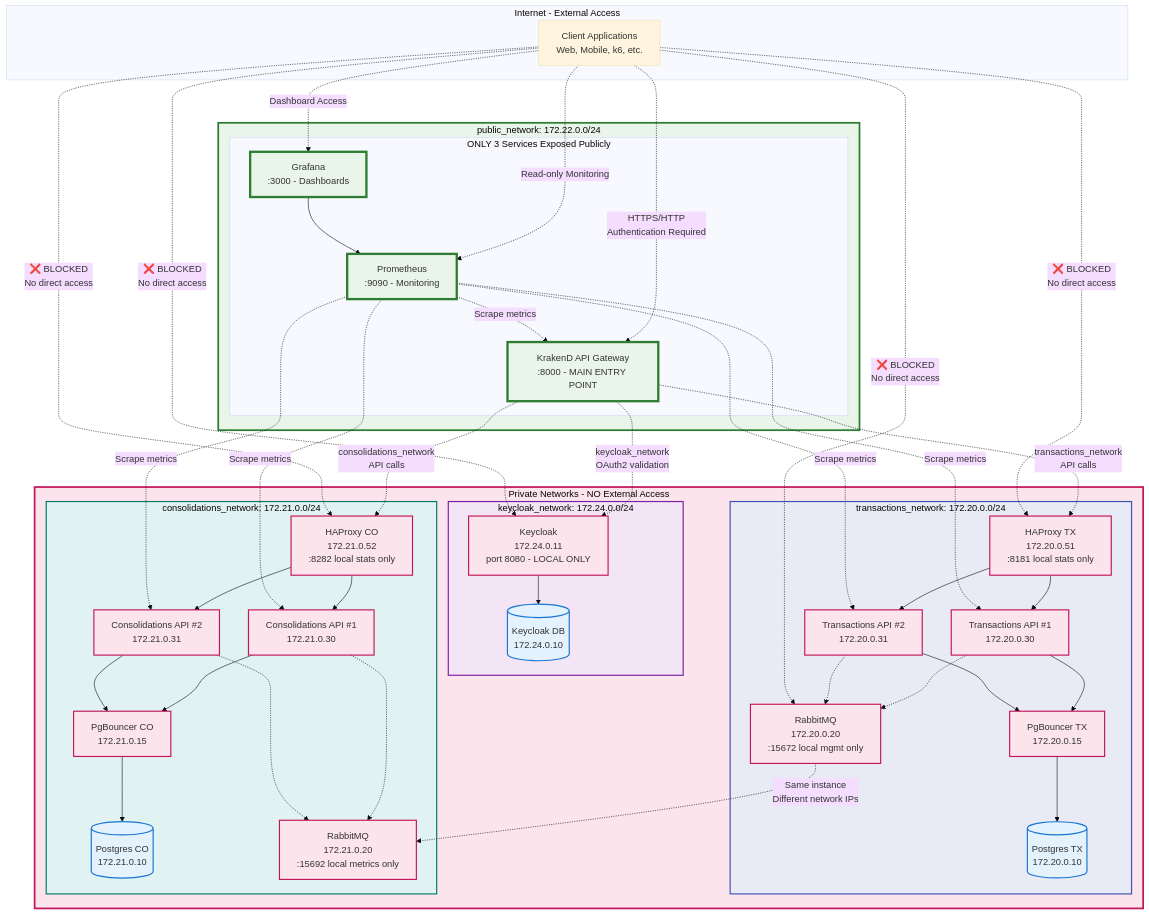
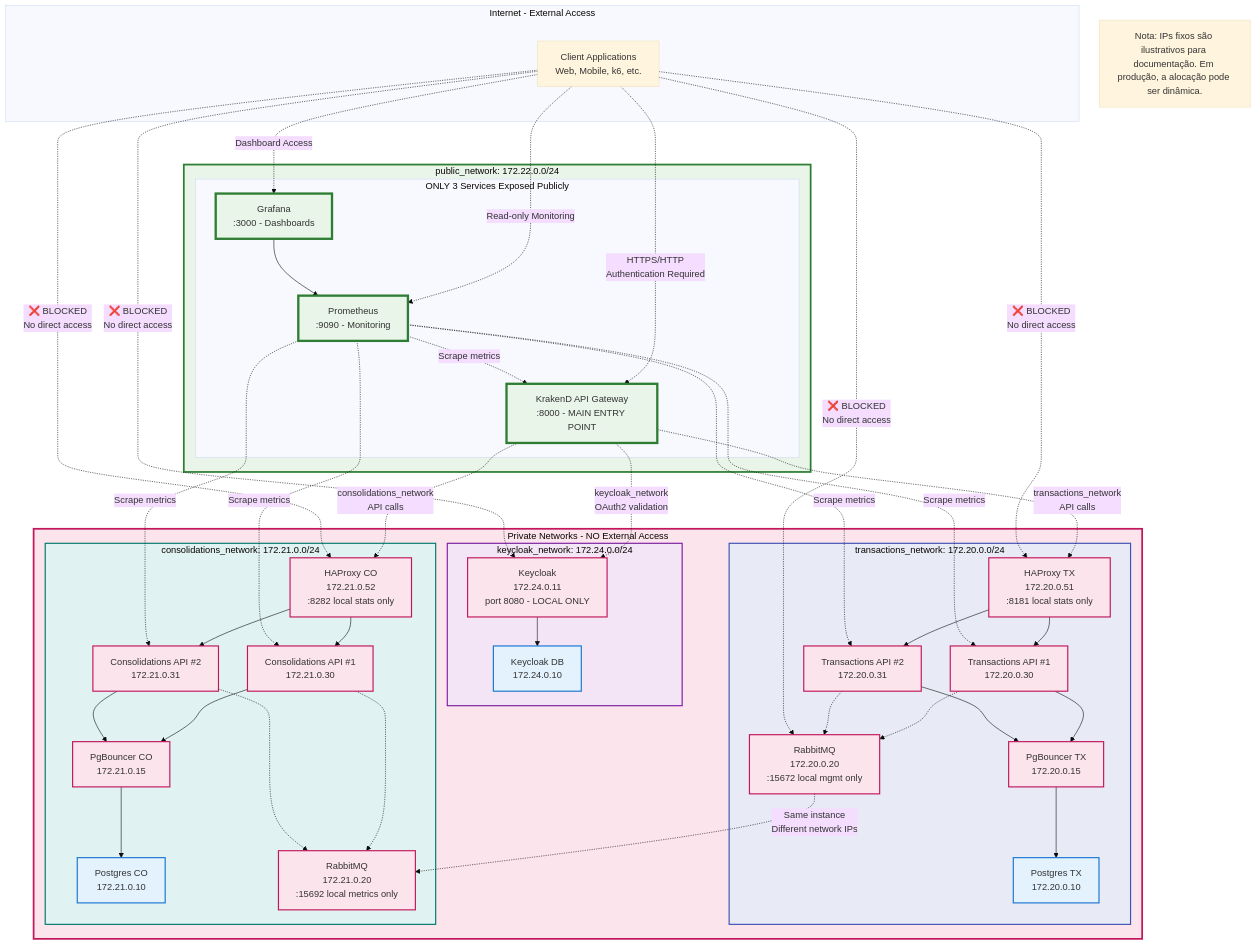
One commit to whereisanzi/cash-flow-system changed the diagram in docs/diagrams/05-network-security.mmd. Above: the diagram before and after it, drawn with Mermaid (base theme). The commit also changed 38 other files, not shown here.

```diff
--- a/docs/diagrams/05-network-security.mmd
+++ b/docs/diagrams/05-network-security.mmd
@@ -1,86 +1,87 @@
 graph TB
+  NoteIPs[Nota: IPs fixos são ilustrativos para documentação. Em produção, a alocação pode ser dinâmica.]
   subgraph Internet[Internet - External Access]
     Client[Client Applications<br/>Web, Mobile, k6, etc.]
   end
 
   subgraph PublicNetwork[public_network: 172.22.0.0/24]
     subgraph PublicServices[ONLY 3 Services Exposed Publicly]
       KrakenD[KrakenD API Gateway<br/>:8000 - MAIN ENTRY POINT]
       Prometheus[Prometheus<br/>:9090 - Monitoring]
       Grafana[Grafana<br/>:3000 - Dashboards]
     end
   end
 
   subgraph PrivateNetworks[Private Networks - NO External Access]
     subgraph KeycloakNet[keycloak_network: 172.24.0.0/24]
       Keycloak[Keycloak<br/>172.24.0.11<br/>port 8080 - LOCAL ONLY]
-      KeycloakDB[(Keycloak DB<br/>172.24.0.10)]
+      KeycloakDB[Keycloak DB<br/>172.24.0.10]
     end
 
     subgraph TxNet[transactions_network: 172.20.0.0/24]
       TxAPI1[Transactions API #1<br/>172.20.0.30]
       TxAPI2[Transactions API #2<br/>172.20.0.31]
       HAProxyTx[HAProxy TX<br/>172.20.0.51<br/>:8181 local stats only]
       PgBouncerTx[PgBouncer TX<br/>172.20.0.15]
-      PostgresTx[(Postgres TX<br/>172.20.0.10)]
+      PostgresTx[Postgres TX<br/>172.20.0.10]
       RabbitMQTx[RabbitMQ<br/>172.20.0.20<br/>:15672 local mgmt only]
     end
 
     subgraph CoNet[consolidations_network: 172.21.0.0/24]
       CoAPI1[Consolidations API #1<br/>172.21.0.30]
       CoAPI2[Consolidations API #2<br/>172.21.0.31]
       HAProxyCo[HAProxy CO<br/>172.21.0.52<br/>:8282 local stats only]
       PgBouncerCo[PgBouncer CO<br/>172.21.0.15]
-      PostgresCo[(Postgres CO<br/>172.21.0.10)]
+      PostgresCo[Postgres CO<br/>172.21.0.10]
       RabbitMQCo[RabbitMQ<br/>172.21.0.20<br/>:15692 local metrics only]
     end
   end
 
   %% External connections
   Client -.->|HTTPS/HTTP<br/>Authentication Required| KrakenD
   Client -.->|Read-only Monitoring| Prometheus
   Client -.->|Dashboard Access| Grafana
 
-  %% KrakenD multi-network access (SECURE)
+  %% KrakenD multi-network access - SECURE
   KrakenD -.->|keycloak_network<br/>OAuth2 validation| Keycloak
   KrakenD -.->|transactions_network<br/>API calls| HAProxyTx
   KrakenD -.->|consolidations_network<br/>API calls| HAProxyCo
 
   %% Internal service flows
   HAProxyTx --> TxAPI1 & TxAPI2
   HAProxyCo --> CoAPI1 & CoAPI2
   Keycloak --> KeycloakDB
 
   TxAPI1 & TxAPI2 --> PgBouncerTx --> PostgresTx
   CoAPI1 & CoAPI2 --> PgBouncerCo --> PostgresCo
 
   TxAPI1 & TxAPI2 -.-> RabbitMQTx
   CoAPI1 & CoAPI2 -.-> RabbitMQCo
   RabbitMQTx -.->|Same instance<br/>Different network IPs| RabbitMQCo
 
   %% Monitoring connections
   Prometheus -.->|Scrape metrics| TxAPI1 & TxAPI2 & CoAPI1 & CoAPI2 & KrakenD
   Grafana --> Prometheus
 
   %% Security annotations
   Client -.->|❌ BLOCKED<br/>No direct access| HAProxyTx
   Client -.->|❌ BLOCKED<br/>No direct access| HAProxyCo
   Client -.->|❌ BLOCKED<br/>No direct access| Keycloak
   Client -.->|❌ BLOCKED<br/>No direct access| RabbitMQTx
 
   %% Styling
   classDef publicService fill:#e8f5e8,stroke:#2e7d32,stroke-width:4px
   classDef privateService fill:#fce4ec,stroke:#c2185b,stroke-width:2px
   classDef database fill:#e3f2fd,stroke:#1976d2,stroke-width:2px
   classDef blocked fill:#ffebee,stroke:#d32f2f,stroke-width:3px,stroke-dasharray: 5 5
 
   class KrakenD,Prometheus,Grafana publicService
   class Keycloak,TxAPI1,TxAPI2,CoAPI1,CoAPI2,HAProxyTx,HAProxyCo,PgBouncerTx,PgBouncerCo,RabbitMQTx,RabbitMQCo privateService
   class KeycloakDB,PostgresTx,PostgresCo database
 
   %% Network styling
   style PublicNetwork fill:#e8f5e8,stroke:#2e7d32,stroke-width:3px
   style PrivateNetworks fill:#fce4ec,stroke:#c2185b,stroke-width:3px
   style KeycloakNet fill:#f3e5f5,stroke:#7b1fa2,stroke-width:2px
   style TxNet fill:#e8eaf6,stroke:#3f51b5,stroke-width:2px
   style CoNet fill:#e0f2f1,stroke:#00796b,stroke-width:2px
```
